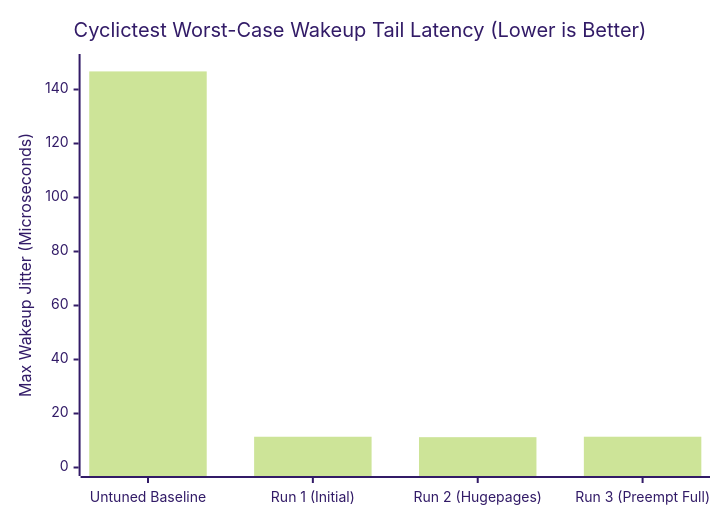
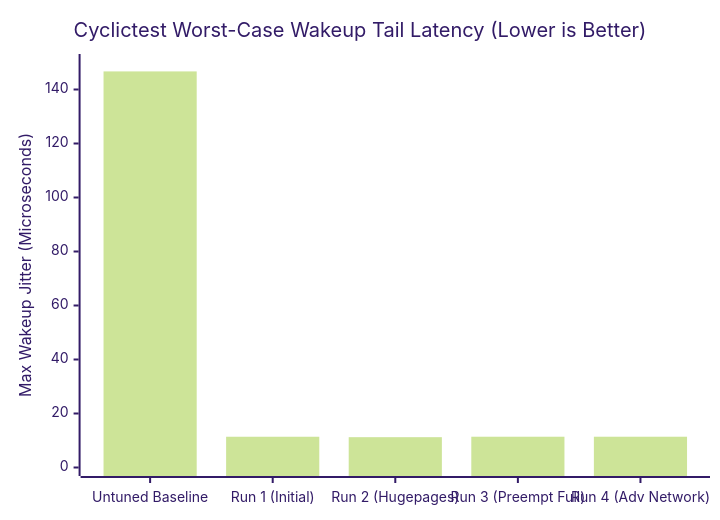
Before and after one commit to wazzuck/hft: the second of 2 diagrams in results/BASELINE_VS_TUNED_FINAL_REPORT.md, drawn with Mermaid (forest theme). The commit also changed other lines of this file and 9 other files, not shown here.

````diff
--- a/results/BASELINE_VS_TUNED_FINAL_REPORT.md
+++ b/results/BASELINE_VS_TUNED_FINAL_REPORT.md
@@ -71,7 +79,7 @@
 ```mermaid
 xychart-beta
     title "Cyclictest Worst-Case Wakeup Tail Latency (Lower is Better)"
-    x-axis ["Untuned Baseline", "Run 1 (Initial)", "Run 2 (Hugepages)", "Run 3 (Preempt Full)"]
+    x-axis ["Untuned Baseline", "Run 1 (Initial)", "Run 2 (Hugepages)", "Run 3 (Preempt Full)", "Run 4 (Adv Network)"]
     y-axis "Max Wakeup Jitter (Microseconds)" 0 --> 150
-    bar [146.7, 11.39, 11.23, 11.40]
+    bar [146.7, 11.39, 11.23, 11.40, 11.40]
 ```
````
